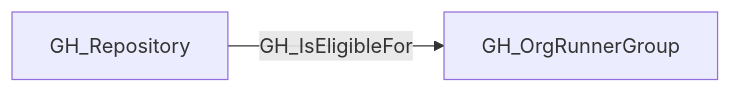
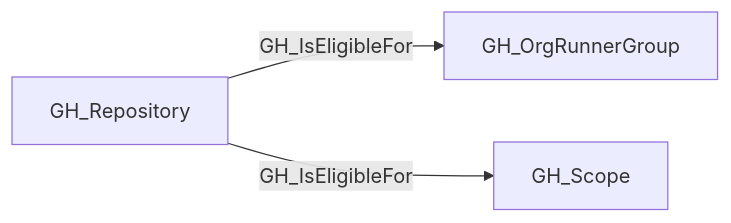
The first of 2 diagrams in docs/opengraph/extensions/github/edges/gh_iseligiblefor.mdx (SpecterOps/bloodhound-docs), drawn with Mermaid before and after one commit. The commit also changed other lines of this file and 30 other files, not shown here.

Commit message:
chore: update openhound github reference for schema v1.4.0

````diff
--- a/docs/opengraph/extensions/github/edges/gh_iseligiblefor.mdx
+++ b/docs/opengraph/extensions/github/edges/gh_iseligiblefor.mdx
@@ -16,6 +17,8 @@
 ```mermaid
 flowchart LR
     GH_OrgRunnerGroup["GH_OrgRunnerGroup"]
     GH_Repository["GH_Repository"]
+    GH_Scope["GH_Scope"]
     GH_Repository -- GH_IsEligibleFor --> GH_OrgRunnerGroup
+    GH_Repository -- GH_IsEligibleFor --> GH_Scope
 ```
````
